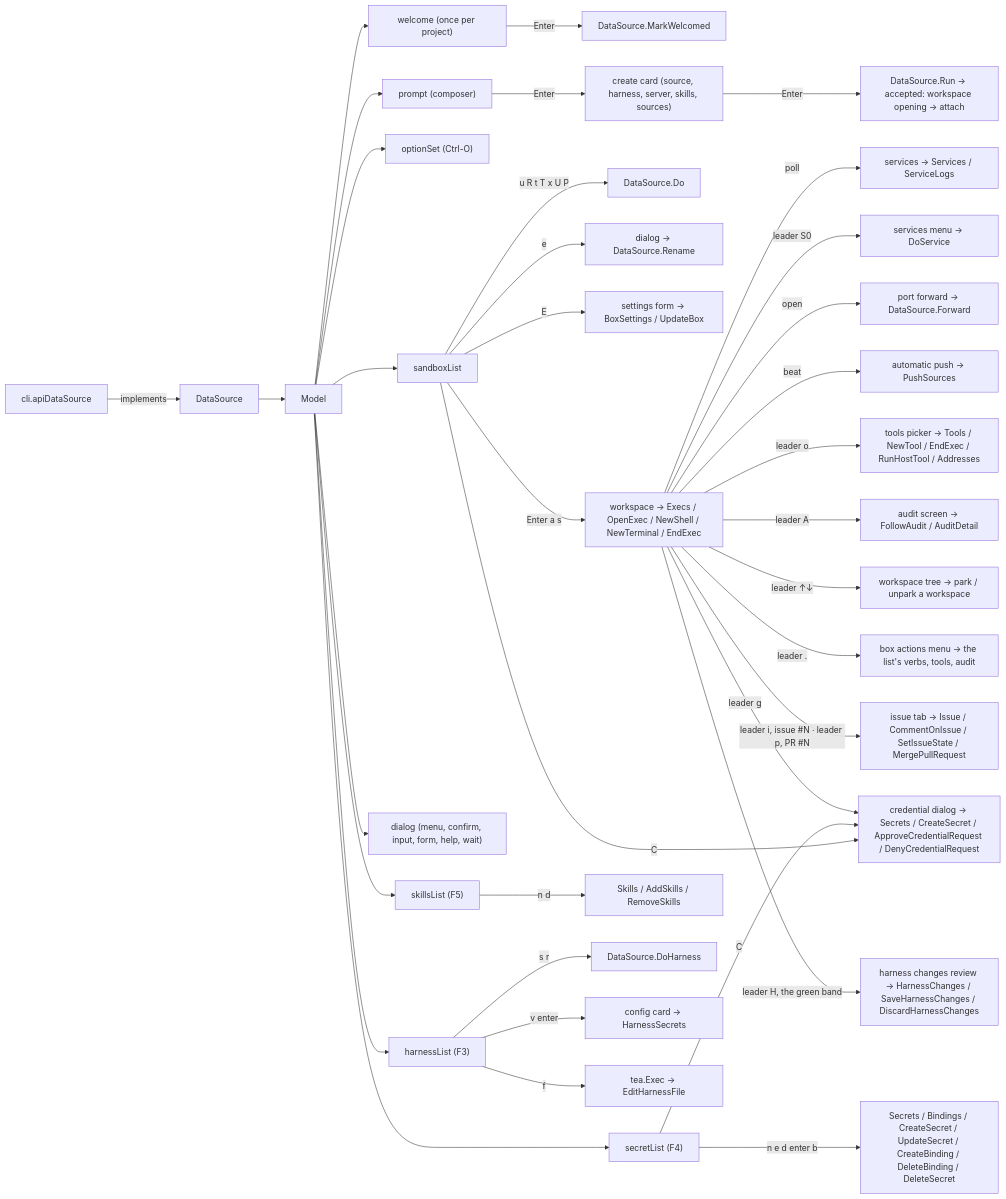
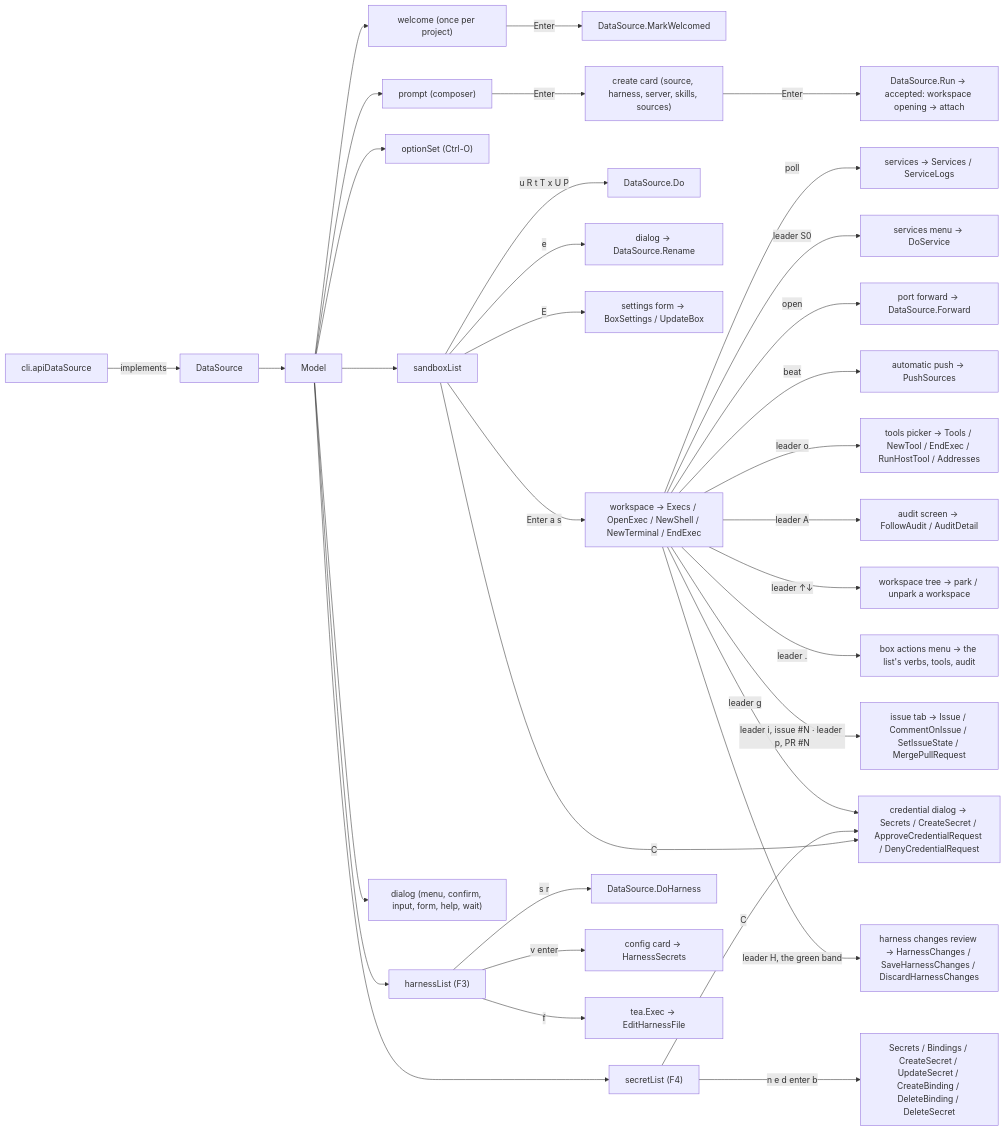
The first of 2 diagrams in cli/internal/tui/DESIGN.md (discobox-ai/discobox), drawn with Mermaid before and after one commit. The commit also changed other lines of this file and 16 other files, not shown here.

````diff
--- a/cli/internal/tui/DESIGN.md
+++ b/cli/internal/tui/DESIGN.md
@@ -14,38 +14,36 @@
 ```mermaid
 flowchart LR
     CLI["cli.apiDataSource"] -->|implements| DS["DataSource"]
     DS --> M["Model"]
     M --> P["prompt (composer)"]
     M --> L["sandboxList"]
     M --> O["optionSet (Ctrl-O)"]
     M --> A["harnessList (F3)"]
     M --> D["dialog (menu, confirm, input, form, help, wait)"]
     M --> W["welcome (once per project)"]
     W -->|Enter| MW["DataSource.MarkWelcomed"]
     P -->|Enter| Card["create card (source, harness, server, skills, sources)"]
     Card -->|Enter| Run["DataSource.Run → accepted: workspace opening → attach"]
     L -->|u R t T x U P| Verb["DataSource.Do"]
     L -->|e| Rename["dialog → DataSource.Rename"]
     L -->|E| Settings["settings form → BoxSettings / UpdateBox"]
     L -->|Enter a s| WS["workspace → Execs / OpenExec / NewShell / NewTerminal / EndExec"]
     WS -->|poll| Svc["services → Services / ServiceLogs"]
     WS -->|leader S0| SvcMenu["services menu → DoService"]
     WS -->|open| Fwd["port forward → DataSource.Forward"]
     WS -->|beat| Push["automatic push → PushSources"]
     L -->|C| Cred["credential dialog → Secrets / CreateSecret / ApproveCredentialRequest / DenyCredentialRequest"]
     M --> S["secretList (F4)"]
     S -->|n e d enter b| SVerb["Secrets / Bindings / CreateSecret / UpdateSecret / CreateBinding / DeleteBinding / DeleteSecret"]
     S -->|C| Cred
-    M --> K["skillsList (F5)"]
-    K -->|n d| KVerb["Skills / AddSkills / RemoveSkills"]
     WS -->|leader g| Cred
     WS -->|leader o| T["tools picker → Tools / NewTool / EndExec / RunHostTool / Addresses"]
     WS -->|leader A| Aud["audit screen → FollowAudit / AuditDetail"]
     WS -->|leader ↑↓| Tree["workspace tree → park / unpark a workspace"]
     WS -->|leader .| Menu["box actions menu → the list's verbs, tools, audit"]
     WS -->|leader i, issue #N · leader p, PR #N| Iss["issue tab → Issue / CommentOnIssue / SetIssueState / MergePullRequest"]
     A -->|s r| AVerb["DataSource.DoHarness"]
     A -->|v enter| ACard["config card → HarnessSecrets"]
     A -->|f| AExec["tea.Exec → EditHarnessFile"]
     WS -->|leader H, the green band| HC["harness changes review → HarnessChanges / SaveHarnessChanges / DiscardHarnessChanges"]
 ```
````
